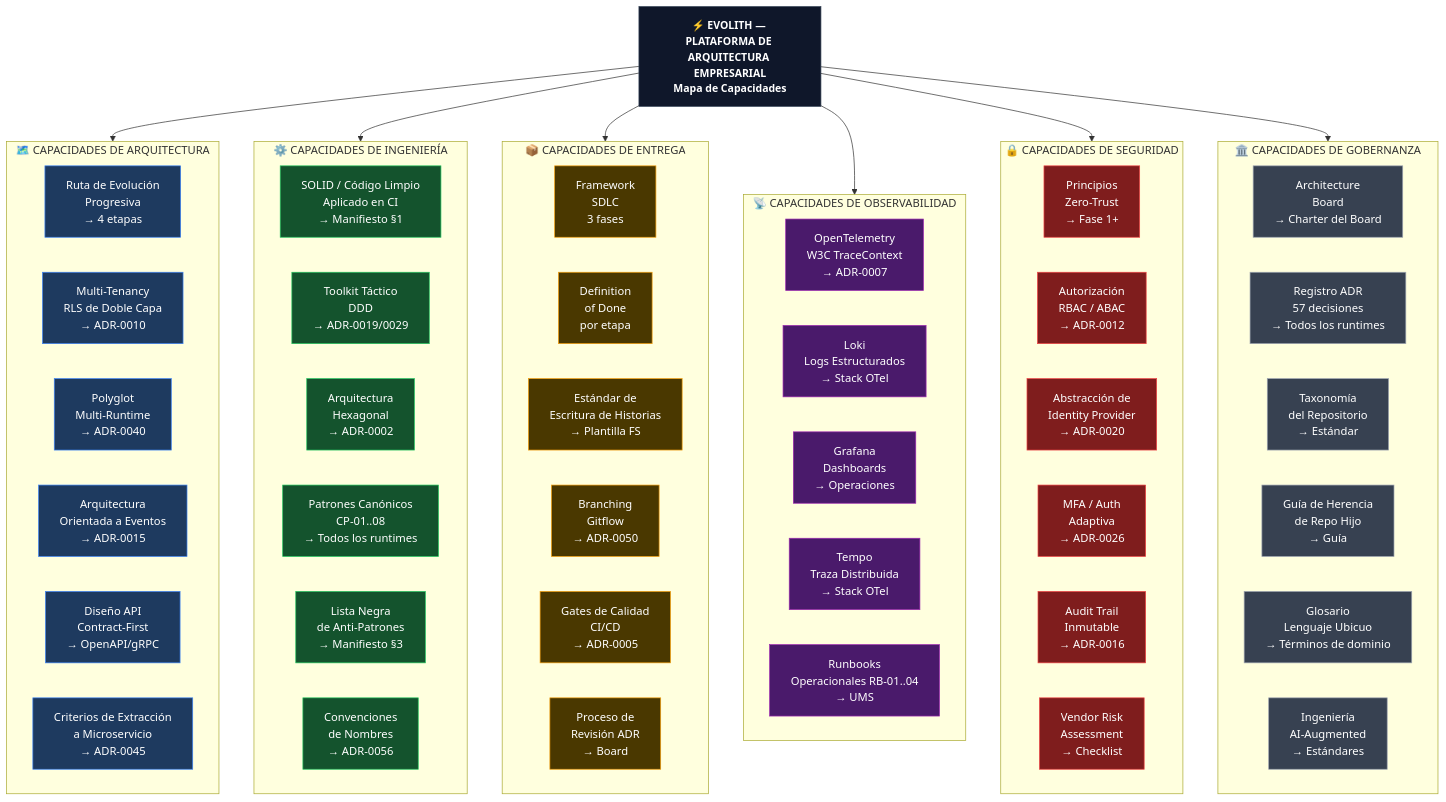
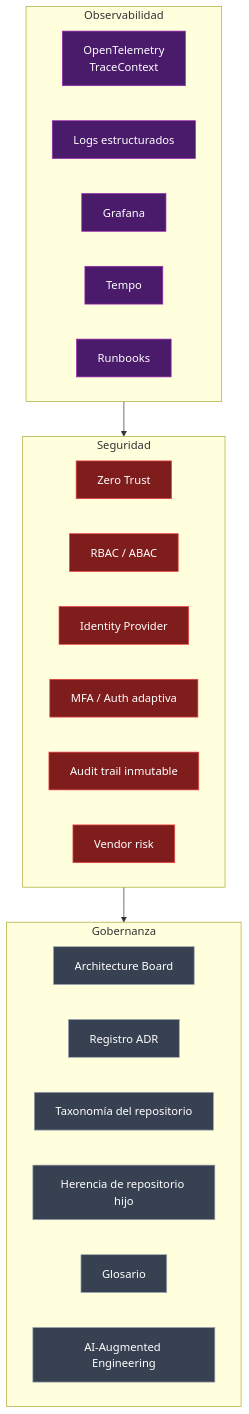
One commit to beyondnetcode/evolith_arch32 changed the fourth of 6 diagrams in reference/governance/standards/communication/visuals/v03-capability-map.es.md. Above: the diagram before and after it, drawn with Mermaid. The commit also changed other lines of this file, not shown here.

Commit message:
fix(visuals): repair Spanish capability map diagrams

````diff
--- a/reference/governance/standards/communication/visuals/v03-capability-map.es.md
+++ b/reference/governance/standards/communication/visuals/v03-capability-map.es.md
@@ -11,78 +97,35 @@
 ```mermaid
 flowchart TB
-    classDef title fill:#0f172a,stroke:#334155,color:#fff,font-weight:bold,font-size:15px
-    classDef cap_arch fill:#1e3a5f,stroke:#3b82f6,color:#fff
-    classDef cap_eng fill:#14532d,stroke:#22c55e,color:#fff
-    classDef cap_del fill:#4a3800,stroke:#f59e0b,color:#fff
-    classDef cap_ops fill:#4a1a6b,stroke:#9c27b0,color:#fff
-    classDef cap_sec fill:#7f1d1d,stroke:#ef4444,color:#fff
-    classDef cap_gov fill:#374151,stroke:#9ca3af,color:#fff
+    classDef obs fill:#4a1a6b,stroke:#9c27b0,color:#fff
+    classDef sec fill:#7f1d1d,stroke:#ef4444,color:#fff
+    classDef gov fill:#374151,stroke:#9ca3af,color:#fff
 
-    TITLE["⚡ EVOLITH — PLATAFORMA DE ARQUITECTURA EMPRESARIAL\nMapa de Capacidades"]:::title
-
-    subgraph ARCH["🗺️ CAPACIDADES DE ARQUITECTURA"]
-        direction LR
-        A1["Ruta de Evolución\nProgresiva\n→ 4 etapas"]:::cap_arch
-        A2["Multi-Tenancy\nRLS de Doble Capa\n→ ADR-0010"]:::cap_arch
-        A3["Polyglot\nMulti-Runtime\n→ ADR-0040"]:::cap_arch
-        A4["Arquitectura\nOrientada a Eventos\n→ ADR-0015"]:::cap_arch
-        A5["Diseño API\nContract-First\n→ OpenAPI/gRPC"]:::cap_arch
-        A6["Criterios de Extracción\na Microservicio\n→ ADR-0045"]:::cap_arch
+    subgraph OBS["Observabilidad"]
+        O1["OpenTelemetry\nTraceContext"]:::obs
+        O2["Logs estructurados"]:::obs
+        O3["Grafana"]:::obs
+        O4["Tempo"]:::obs
+        O5["Runbooks"]:::obs
     end
 
-    subgraph ENG["⚙️ CAPACIDADES DE INGENIERÍA"]
-        direction LR
-        E1["SOLID / Código Limpio\nAplicado en CI\n→ Manifiesto §1"]:::cap_eng
-        E2["Toolkit Táctico\nDDD\n→ ADR-0019/0029"]:::cap_eng
-        E3["Arquitectura\nHexagonal\n→ ADR-0002"]:::cap_eng
-        E4["Patrones Canónicos\nCP-01..08\n→ Todos los runtimes"]:::cap_eng
-        E5["Lista Negra\nde Anti-Patrones\n→ Manifiesto §3"]:::cap_eng
-        E6["Convenciones\nde Nombres\n→ ADR-0056"]:::cap_eng
+    subgraph SEC["Seguridad"]
+        S1["Zero Trust"]:::sec
+        S2["RBAC / ABAC"]:::sec
+        S3["Identity Provider"]:::sec
+        S4["MFA / Auth adaptiva"]:::sec
+        S5["Audit trail inmutable"]:::sec
+        S6["Vendor risk"]:::sec
     end
 
-    subgraph DEL["📦 CAPACIDADES DE ENTREGA"]
-        direction LR
-        D1["Framework\nSDLC\n3 fases"]:::cap_del
-        D2["Definition\nof Done\npor etapa"]:::cap_del
-        D3["Estándar de\nEscritura de Historias\n→ Plantilla FS"]:::cap_del
-        D4["Branching\nGitflow\n→ ADR-0050"]:::cap_del
-        D5["Gates de Calidad\nCI/CD\n→ ADR-0005"]:::cap_del
-        D6["Proceso de\nRevisión ADR\n→ Board"]:::cap_del
+    subgraph GOV["Gobernanza"]
+        G1["Architecture Board"]:::gov
+        G2["Registro ADR"]:::gov
+        G3["Taxonomía del repositorio"]:::gov
+        G4["Herencia de repositorio hijo"]:::gov
+        G5["Glosario"]:::gov
+        G6["AI-Augmented Engineering"]:::gov
     end
 
-    subgraph OBS["📡 CAPACIDADES DE OBSERVABILIDAD"]
-        direction LR
-        O1["OpenTelemetry\nW3C TraceContext\n→ ADR-0007"]:::cap_ops
-        O2["Loki\nLogs Estructurados\n→ Stack OTel"]:::cap_ops
-        O3["Grafana\nDashboards\n→ Operaciones"]:::cap_ops
-        O4["Tempo\nTraza Distribuida\n→ Stack OTel"]:::cap_ops
-        O5["Runbooks\nOperacionales RB-01..04\n→ UMS"]:::cap_ops
-    end
-
-    subgraph SEC["🔒 CAPACIDADES DE SEGURIDAD"]
-        direction LR
-        S1["Principios\nZero-Trust\n→ Fase 1+"]:::cap_sec
-        S2["Autorización\nRBAC / ABAC\n→ ADR-0012"]:::cap_sec
-        S3["Abstracción de\nIdentity Provider\n→ ADR-0020"]:::cap_sec
-        S4["MFA / Auth\nAdaptiva\n→ ADR-0026"]:::cap_sec
-        S5["Audit Trail\nInmutable\n→ ADR-0016"]:::cap_sec
-        S6["Vendor Risk\nAssessment\n→ Checklist"]:::cap_sec
-    end
-
-    subgraph GOV["🏛️ CAPACIDADES DE GOBERNANZA"]
-        direction LR
-        G1["Architecture\nBoard\n→ Charter del Board"]:::cap_gov
-        G2["Registro ADR\n57 decisiones\n→ Todos los runtimes"]:::cap_gov
-        G3["Taxonomía\ndel Repositorio\n→ Estándar"]:::cap_gov
-        G4["Guía de Herencia\nde Repo Hijo\n→ Guía"]:::cap_gov
-        G5["Glosario\nLenguaje Ubicuo\n→ Términos de dominio"]:::cap_gov
-        G6["Ingeniería\nAI-Augmented\n→ Estándares"]:::cap_gov
-    end
-
-    TITLE --> ARCH
-    TITLE --> ENG
-    TITLE --> DEL
-    TITLE --> OBS
-    TITLE --> SEC
-    TITLE --> GOV
+    OBS --> SEC
+    SEC --> GOV
 ```
````
